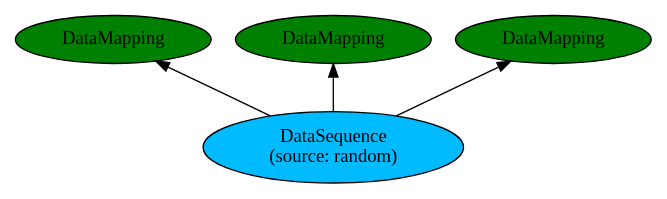
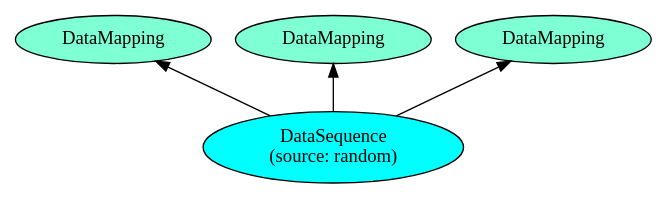
Before and after one commit to netheril96/images: the diagram in abstraction_and_unification_of_data_input/shuffle.dot, drawn with Graphviz. The commit also changed 9 other files, not shown here.

```diff
--- a/abstraction_and_unification_of_data_input/shuffle.dot
+++ b/abstraction_and_unification_of_data_input/shuffle.dot
@@ -1,10 +1,10 @@
 digraph Network {
     rankdir=BT;
-    d0 [label="DataSequence\n(source: random)", style="filled", fillcolor="#00BBFF"];
-    d1 [label="DataMapping", style="filled", fillcolor="green"];
-    d2 [label="DataMapping", style="filled", fillcolor="green"];
-    d3 [label="DataMapping", style="filled", fillcolor="green"];
+    d0 [label="DataSequence\n(source: random)", style="filled", fillcolor="#00FFFF"];
+    d1 [label="DataMapping", style="filled", fillcolor="#7FFFD4"];
+    d2 [label="DataMapping", style="filled", fillcolor="#7FFFD4"];
+    d3 [label="DataMapping", style="filled", fillcolor="#7FFFD4"];
     d0 -> d1;
     d0 -> d2;
     d0 -> d3;
 }
```
